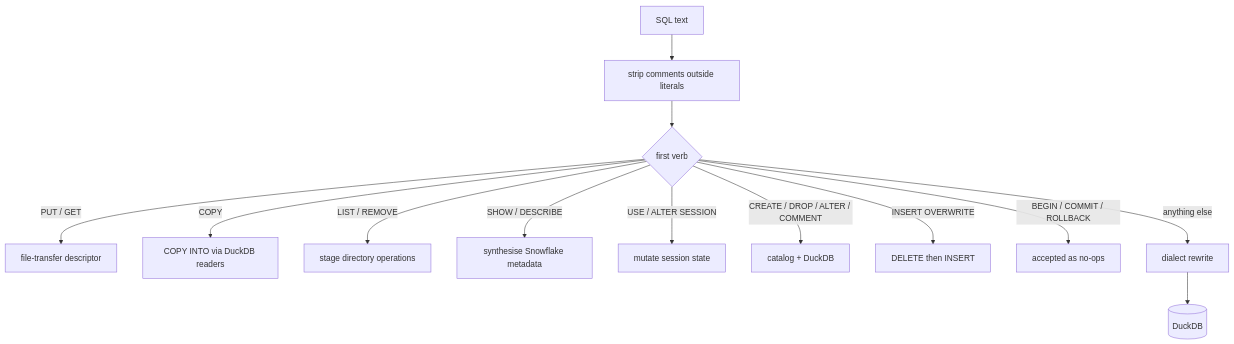
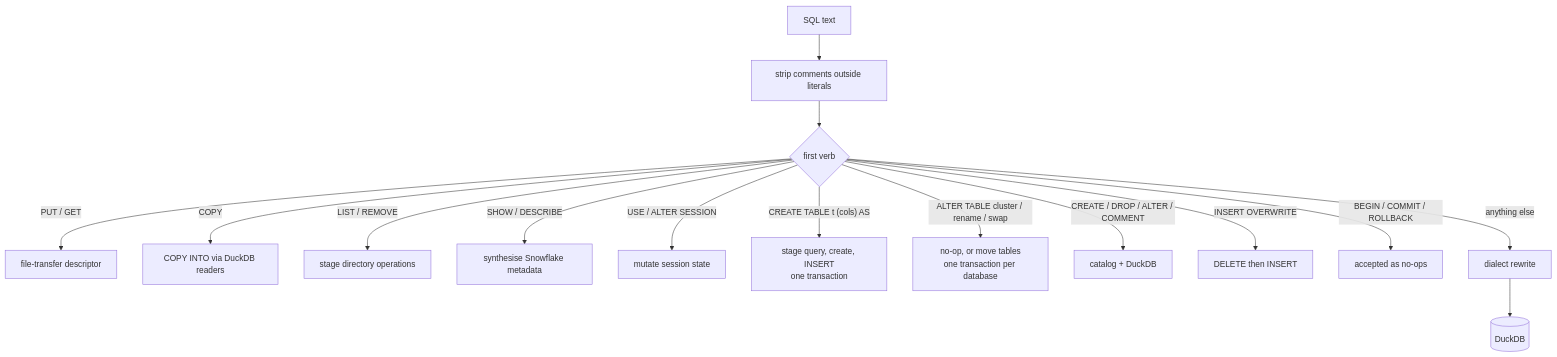
One commit to sri369c/SnowTest changed the third of 6 diagrams in docs/design.md. Above: the diagram before and after it, drawn with Mermaid. The commit also changed other lines of this file and 23 other files, not shown here.

````diff
--- a/docs/design.md
+++ b/docs/design.md
@@ -160,16 +172,18 @@
 ```mermaid
 flowchart TD
   Q["SQL text"] --> STRIP["strip comments outside literals"]
   STRIP --> VERB{"first verb"}
 
   VERB -->|PUT / GET| FT["file-transfer descriptor"]
   VERB -->|COPY| COPY["COPY INTO via DuckDB readers"]
   VERB -->|LIST / REMOVE| STG["stage directory operations"]
   VERB -->|SHOW / DESCRIBE| META["synthesise Snowflake metadata"]
   VERB -->|USE / ALTER SESSION| CTX["mutate session state"]
+  VERB -->|"CREATE TABLE t (cols) AS"| CTAS["stage query, create, INSERT<br/>one transaction"]
+  VERB -->|"ALTER TABLE cluster / rename / swap"| ALT["no-op, or move tables<br/>one transaction per database"]
   VERB -->|CREATE / DROP / ALTER / COMMENT| DDL["catalog + DuckDB"]
   VERB -->|INSERT OVERWRITE| OW["DELETE then INSERT"]
   VERB -->|BEGIN / COMMIT / ROLLBACK| TX["accepted as no-ops"]
   VERB -->|anything else| RW["dialect rewrite"]
   RW --> DB[("DuckDB")]
 ```
````
